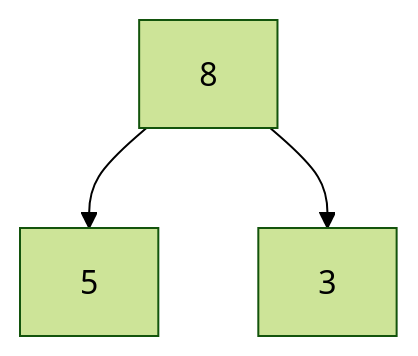
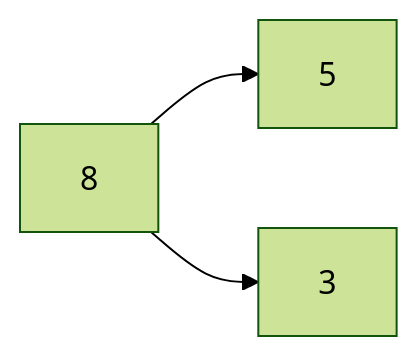
The second of 6 diagrams in diagram.md (taipalogy/susiahethong), drawn with Mermaid (forest theme) before and after one commit. The commit also changed other lines of this file, not shown here.

````diff
--- a/diagram.md
+++ b/diagram.md
@@ -54,5 +54,5 @@
 ```mermaid
-flowchart
+flowchart LR
     8 --> 5
     8 --> 3
 ```
````
